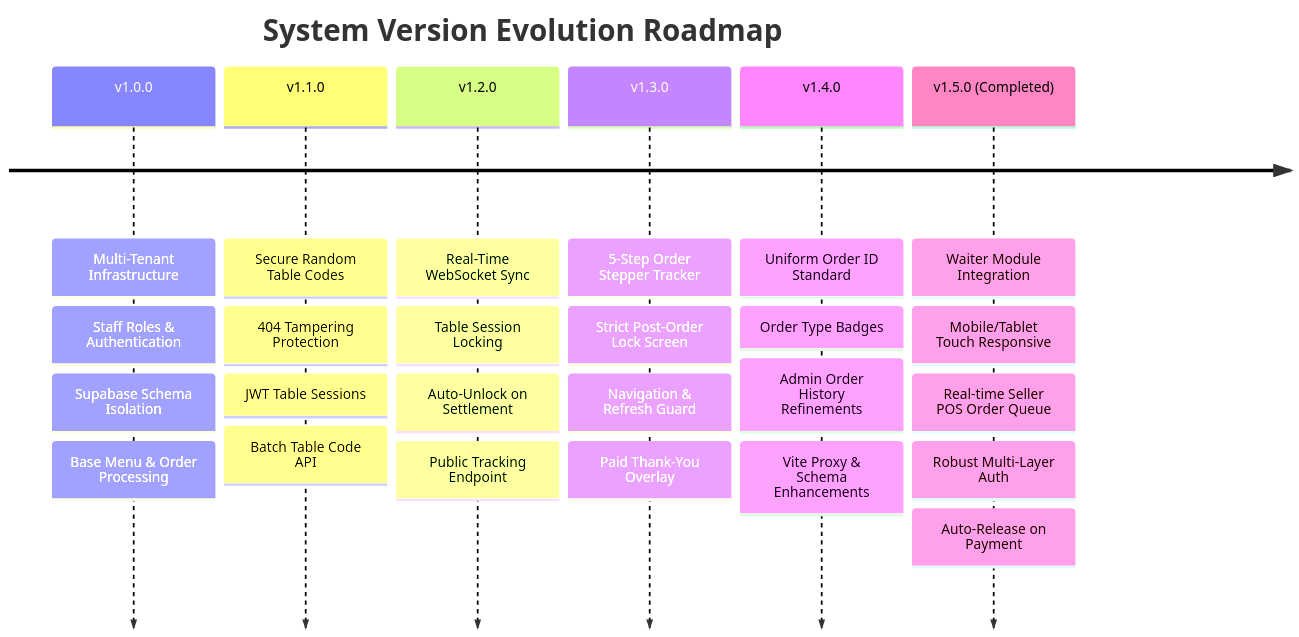
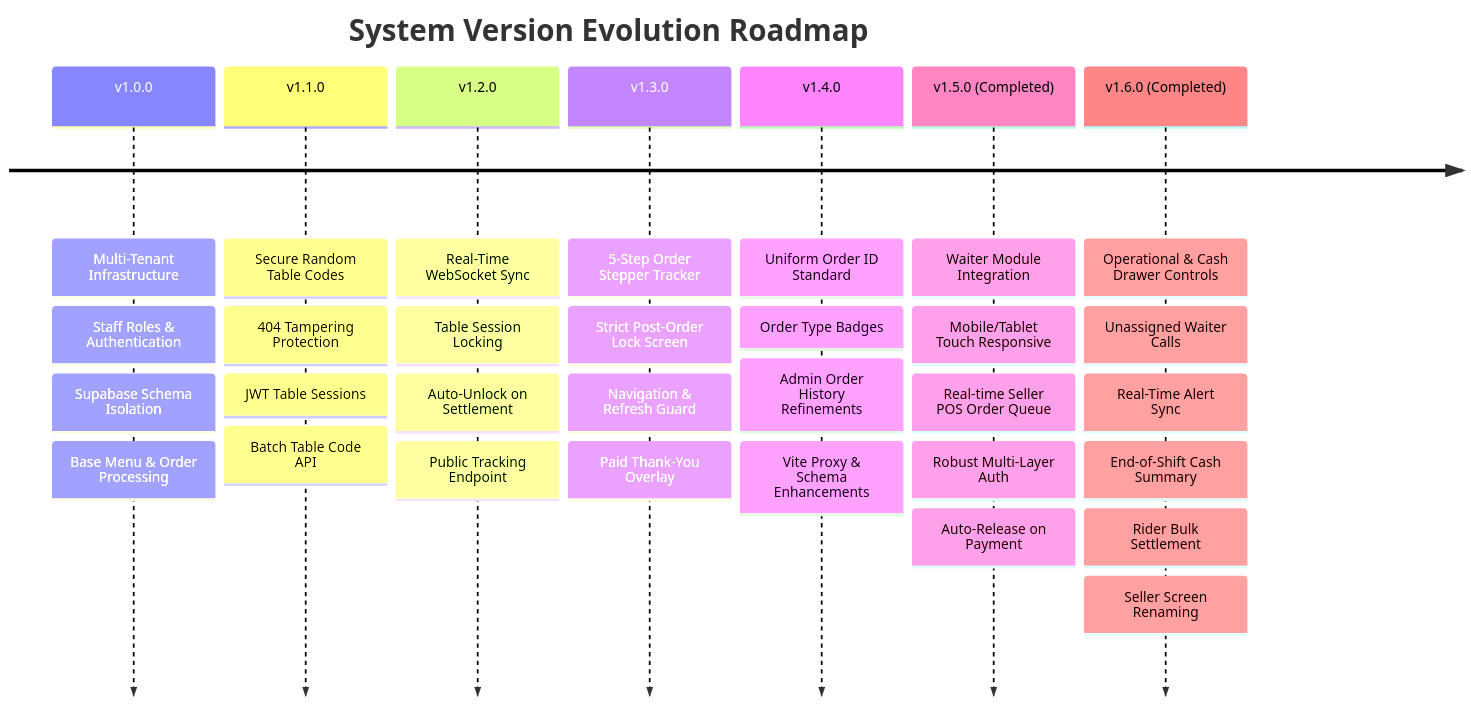
Before and after one commit to alifayyaz-06/apexscan: the first of 3 diagrams in PLAN.md, drawn with Mermaid. The commit also changed other lines of this file, not shown here.

````diff
--- a/PLAN.md
+++ b/PLAN.md
@@ -18,10 +18,11 @@
 ```mermaid
 timeline
     title System Version Evolution Roadmap
     v1.0.0 : Multi-Tenant Infrastructure : Staff Roles & Authentication : Supabase Schema Isolation : Base Menu & Order Processing
     v1.1.0 : Secure Random Table Codes : 404 Tampering Protection : JWT Table Sessions : Batch Table Code API
     v1.2.0 : Real-Time WebSocket Sync : Table Session Locking : Auto-Unlock on Settlement : Public Tracking Endpoint
     v1.3.0 : 5-Step Order Stepper Tracker : Strict Post-Order Lock Screen : Navigation & Refresh Guard : Paid Thank-You Overlay
     v1.4.0 : Uniform Order ID Standard : Order Type Badges : Admin Order History Refinements : Vite Proxy & Schema Enhancements
     v1.5.0 (Completed) : Waiter Module Integration : Mobile/Tablet Touch Responsive : Real-time Seller POS Order Queue : Robust Multi-Layer Auth : Auto-Release on Payment
+    v1.6.0 (Completed) : Operational & Cash Drawer Controls : Unassigned Waiter Calls : Real-Time Alert Sync : End-of-Shift Cash Summary : Rider Bulk Settlement : Seller Screen Renaming
 ```
````
